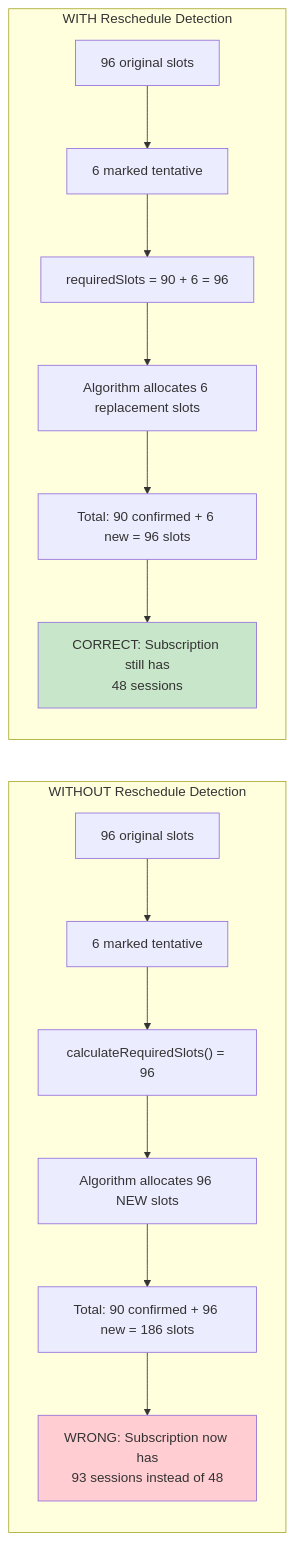
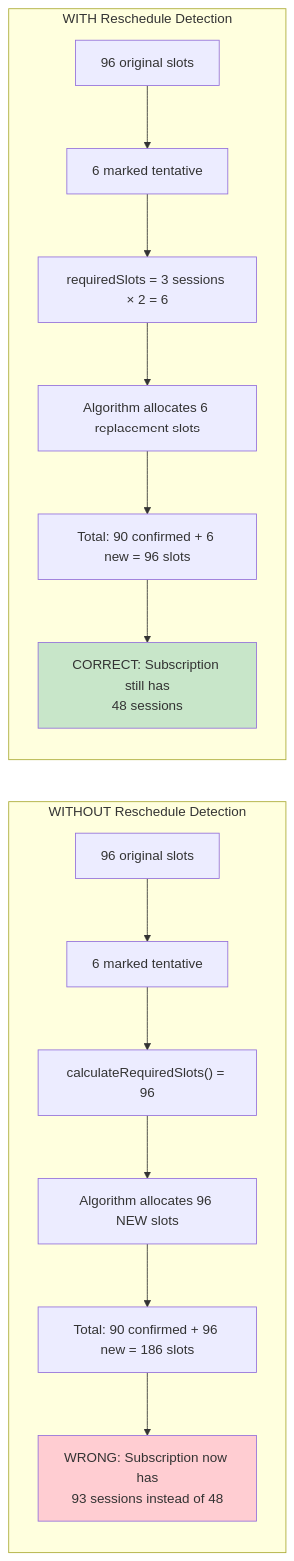
Before and after one commit to Practitionist/familiarise_web: the seventh of 10 diagrams in docs/booking/07-rescheduling-flow.md, drawn with Mermaid. The commit also changed other lines of this file and 4 other files, not shown here.

````diff
--- a/docs/booking/07-rescheduling-flow.md
+++ b/docs/booking/07-rescheduling-flow.md
@@ -636,21 +645,21 @@
 ```mermaid
 flowchart LR
     subgraph Without_Detection["WITHOUT Reschedule Detection"]
         A1["96 original slots"] --> B1["6 marked tentative"]
         B1 --> C1["calculateRequiredSlots() = 96"]
         C1 --> D1["Algorithm allocates 96 NEW slots"]
         D1 --> E1["Total: 90 confirmed + 96 new = 186 slots"]
         E1 --> F1["WRONG: Subscription now has<br/>93 sessions instead of 48"]
     end
 
     subgraph With_Detection["WITH Reschedule Detection"]
         A2["96 original slots"] --> B2["6 marked tentative"]
-        B2 --> C2["requiredSlots = 90 + 6 = 96"]
+        B2 --> C2["requiredSlots = 3 sessions × 2 = 6"]
         C2 --> D2["Algorithm allocates 6 replacement slots"]
         D2 --> E2["Total: 90 confirmed + 6 new = 96 slots"]
         E2 --> F2["CORRECT: Subscription still has<br/>48 sessions"]
     end
 
     style F1 fill:#ffcdd2
     style F2 fill:#c8e6c9
 ```
````
